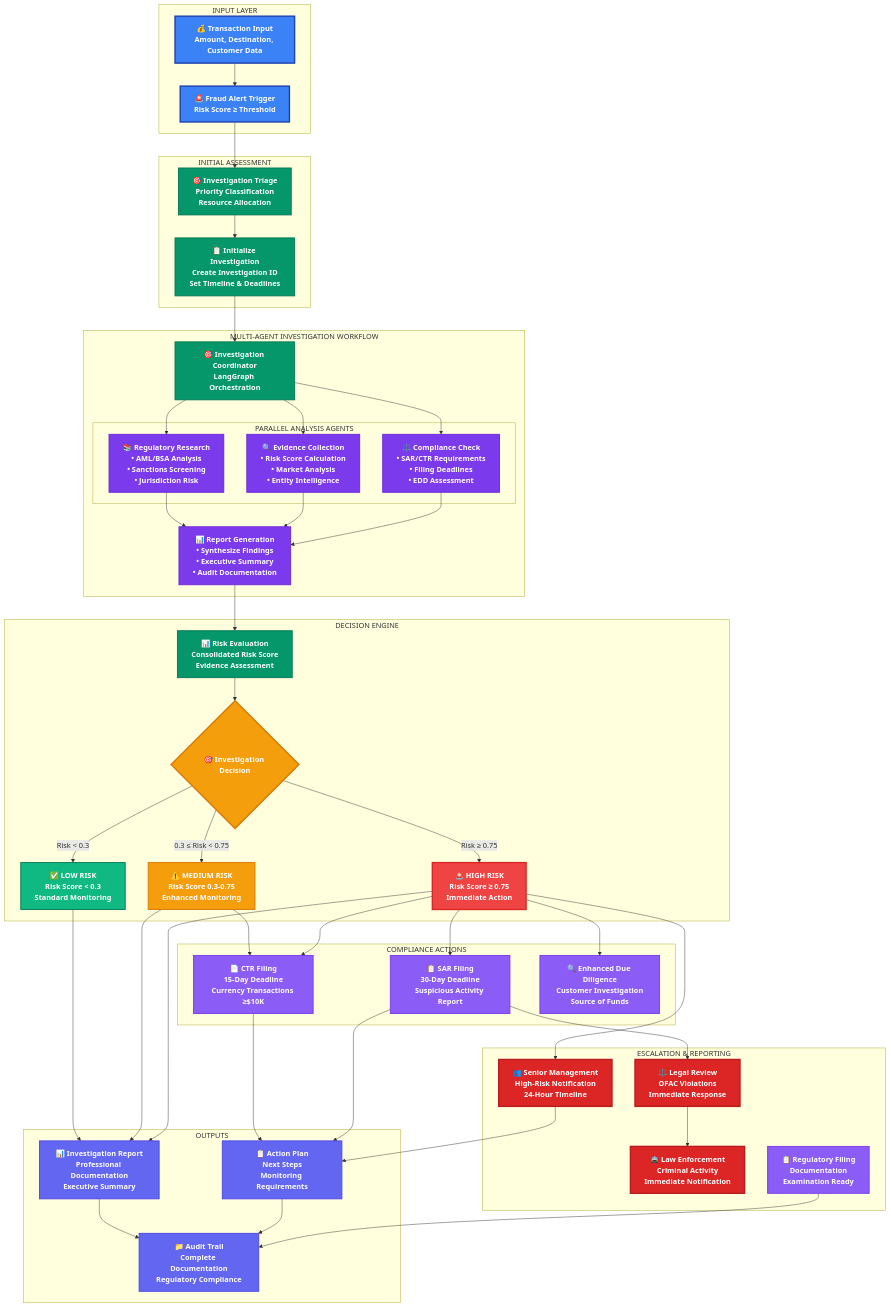
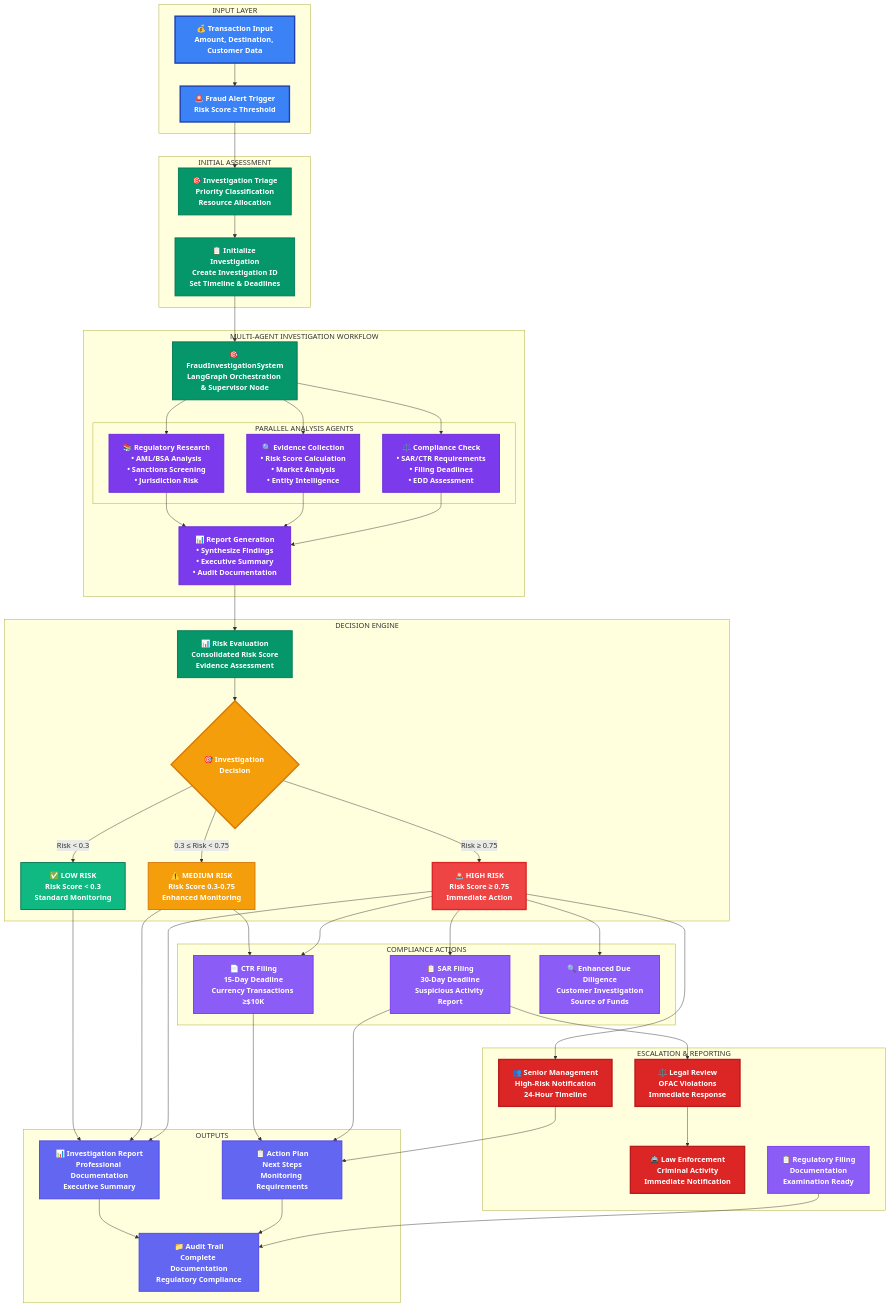
One commit to ovokpus/InvestigatorAI changed the first of 3 diagrams in README.md. Above: the diagram before and after it, drawn with Mermaid. The commit also changed 3 other files, not shown here.

First line of the commit message:
docs: Update agent hierarchy diagrams and references to match current implementation

```diff
--- a/README.md
+++ b/README.md
@@ -50,7 +50,7 @@
     end
     
     subgraph "MULTI-AGENT INVESTIGATION WORKFLOW"
-        COORD["🎯 Investigation Coordinator<br/>LangGraph Orchestration"]
+        COORD["🎯 FraudInvestigationSystem<br/>LangGraph Orchestration & Supervisor Node"]
         
         subgraph "PARALLEL ANALYSIS AGENTS"
             REG["📚 Regulatory Research<br/>• AML/BSA Analysis<br/>• Sanctions Screening<br/>• Jurisdiction Risk"]
```
